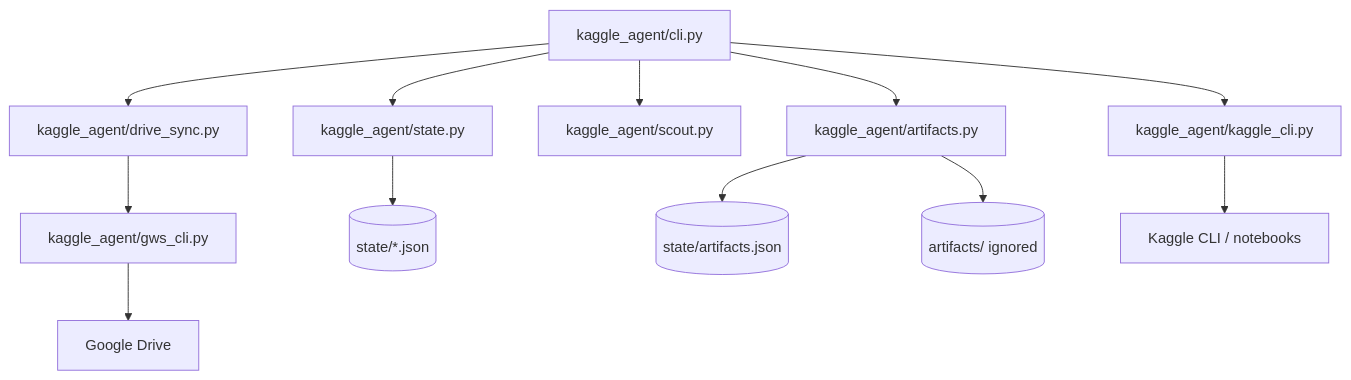
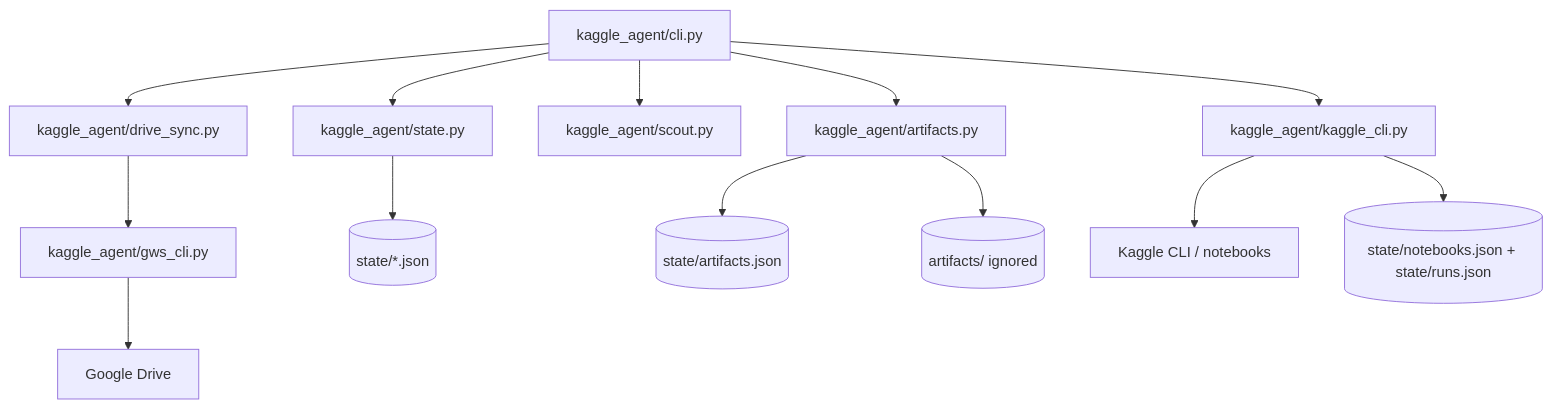
One commit to Jivraj-18/kaggle_agent changed the first of 3 diagrams in docs/codebase-map.md. Above: the diagram before and after it, drawn with Mermaid. The commit also changed 7 other files, not shown here.

Commit message:
Record Kaggle notebook pushes

````diff
--- a/docs/codebase-map.md
+++ b/docs/codebase-map.md
@@ -7,15 +7,16 @@
 ```mermaid
 flowchart TD
     CLI[kaggle_agent/cli.py] --> State[kaggle_agent/state.py]
     CLI --> Kaggle[kaggle_agent/kaggle_cli.py]
     CLI --> Scout[kaggle_agent/scout.py]
     CLI --> Artifacts[kaggle_agent/artifacts.py]
     CLI --> Drive[kaggle_agent/drive_sync.py]
     Drive --> GWS[kaggle_agent/gws_cli.py]
 
     State --> JSON[(state/*.json)]
     Artifacts --> ArtifactState[(state/artifacts.json)]
     Artifacts --> ArtifactFiles[(artifacts/ ignored)]
     Kaggle --> KaggleRemote[Kaggle CLI / notebooks]
+    Kaggle --> NotebookState[(state/notebooks.json + state/runs.json)]
     GWS --> DriveRemote[Google Drive]
 ```
````
